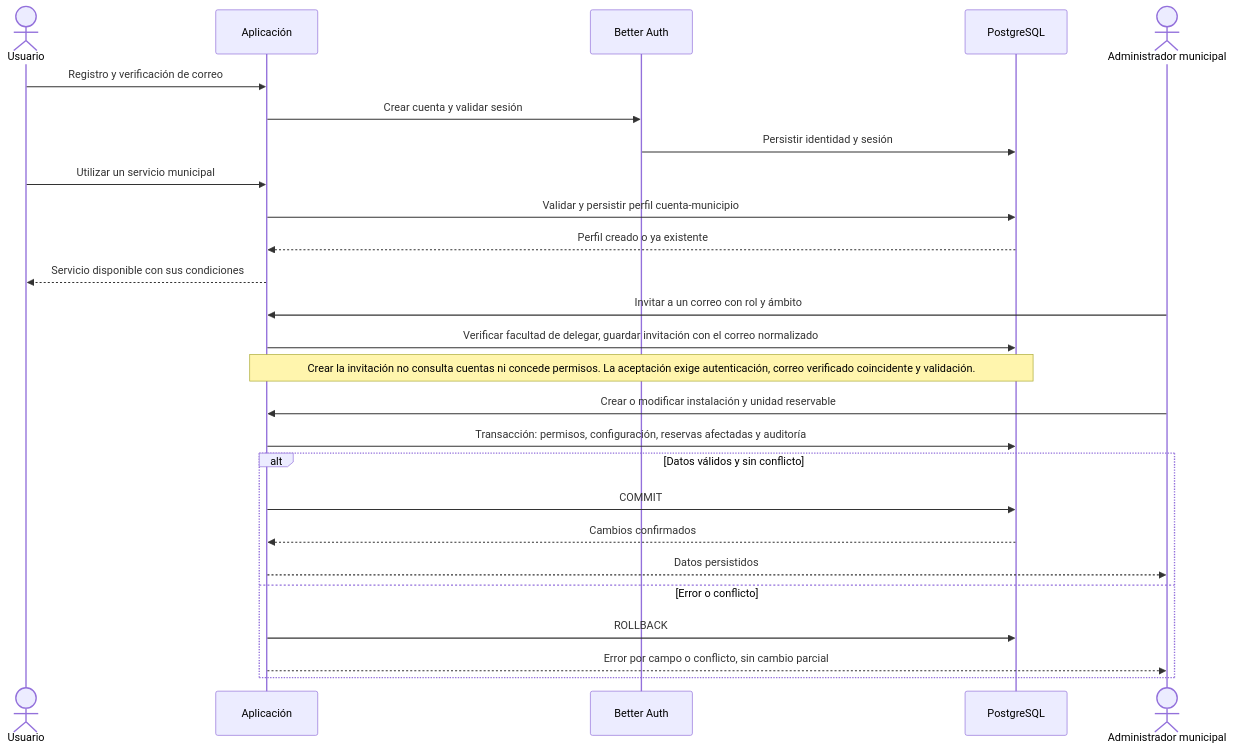
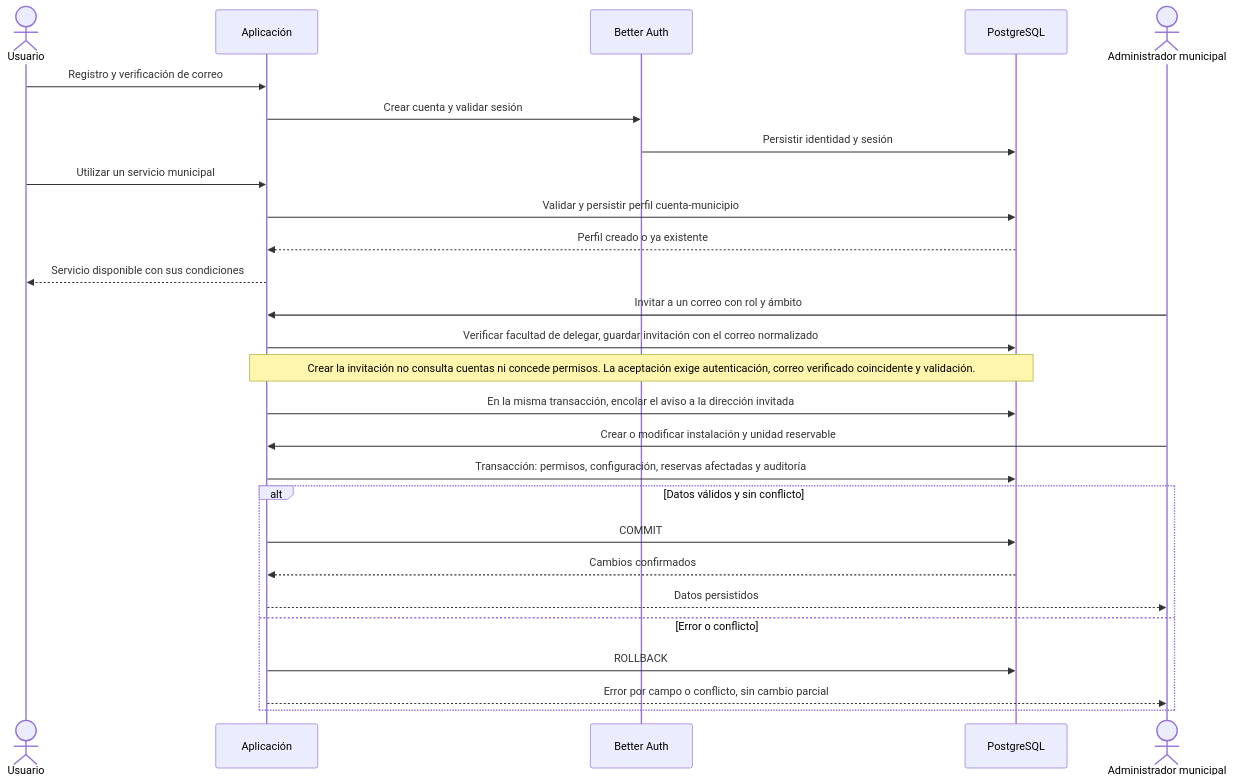
The second of 7 diagrams in docs/03_procesos_y_secuencias.md (alanslzrr/quenda), drawn with Mermaid before and after one commit. The commit also changed other lines of this file, not shown here.

````diff
--- a/docs/03_procesos_y_secuencias.md
+++ b/docs/03_procesos_y_secuencias.md
@@ -55,28 +55,29 @@
 ```mermaid
 sequenceDiagram
   actor C as Usuario
   participant A as Aplicación
   participant I as Better Auth
   participant D as PostgreSQL
   actor M as Administrador municipal
   C->>A: Registro y verificación de correo
   A->>I: Crear cuenta y validar sesión
   I->>D: Persistir identidad y sesión
   C->>A: Utilizar un servicio municipal
   A->>D: Validar y persistir perfil cuenta-municipio
   D-->>A: Perfil creado o ya existente
   A-->>C: Servicio disponible con sus condiciones
   M->>A: Invitar a un correo con rol y ámbito
   A->>D: Verificar facultad de delegar, guardar invitación con el correo normalizado
   Note over A,D: Crear la invitación no consulta cuentas ni concede permisos. La aceptación exige autenticación, correo verificado coincidente y validación.
+  A->>D: En la misma transacción, encolar el aviso a la dirección invitada
   M->>A: Crear o modificar instalación y unidad reservable
   A->>D: Transacción: permisos, configuración, reservas afectadas y auditoría
   alt Datos válidos y sin conflicto
     A->>D: COMMIT
     D-->>A: Cambios confirmados
     A-->>M: Datos persistidos
   else Error o conflicto
     A->>D: ROLLBACK
     A-->>M: Error por campo o conflicto, sin cambio parcial
   end
 ```
````
